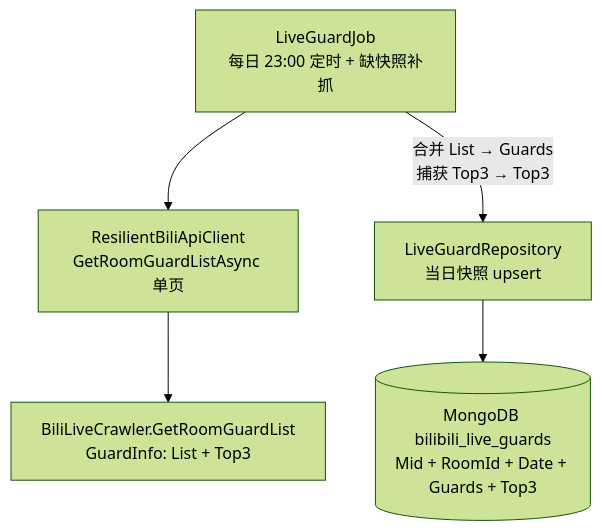
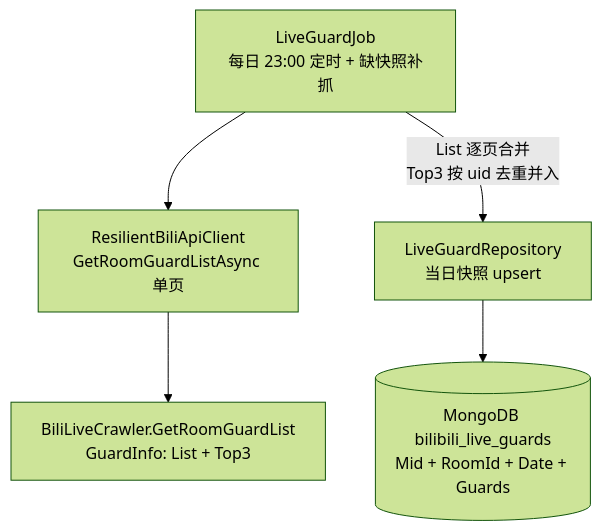
The first of 2 diagrams in docs/engineering/proposals/20260903-proposal-live-guard-top3.md (Deliay/z-vtuber), drawn with Mermaid (forest theme) before and after one commit. The commit also changed other lines of this file and 1 other file, not shown here.

First line of the commit message:
docs: 按打回意见调整——top3 打平并入 guard_list 存储

````diff
--- a/docs/engineering/proposals/20260903-proposal-live-guard-top3.md
+++ b/docs/engineering/proposals/20260903-proposal-live-guard-top3.md
@@ -44,7 +45,7 @@
 ```mermaid
 graph TD
     JOB[LiveGuardJob<br/>每日 23:00 定时 + 缺快照补抓] --> CLIENT[ResilientBiliApiClient<br/>GetRoomGuardListAsync 单页]
     CLIENT --> BILI[BiliLiveCrawler.GetRoomGuardList<br/>GuardInfo: List + Top3]
-    JOB -->|合并 List → Guards<br/>捕获 Top3 → Top3| REPO[LiveGuardRepository<br/>当日快照 upsert]
-    REPO --> MONGO[(MongoDB bilibili_live_guards<br/>Mid + RoomId + Date + Guards + Top3)]
+    JOB -->|List 逐页合并<br/>Top3 按 uid 去重并入| REPO[LiveGuardRepository<br/>当日快照 upsert]
+    REPO --> MONGO[(MongoDB bilibili_live_guards<br/>Mid + RoomId + Date + Guards)]
 ```
````
